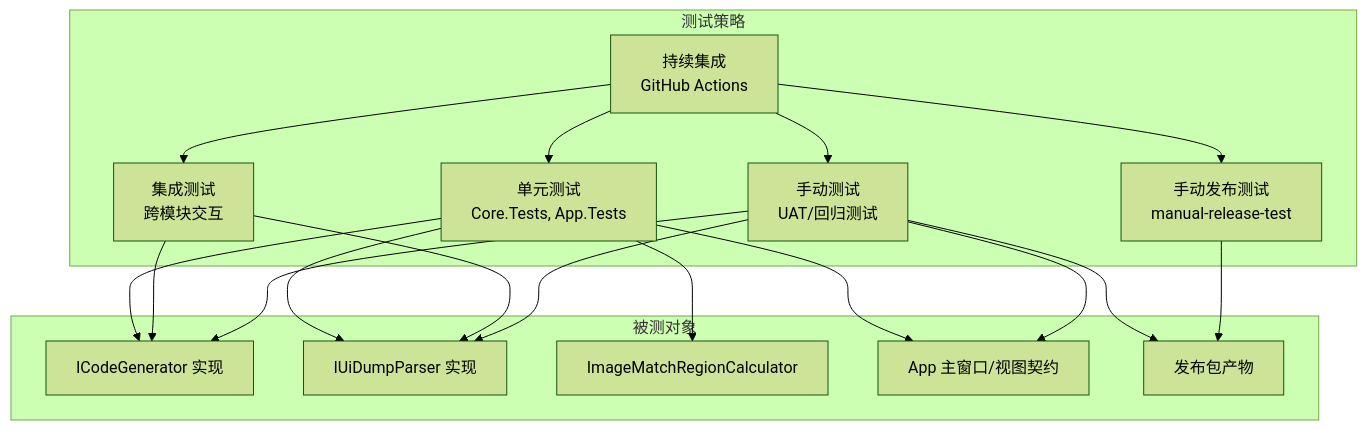
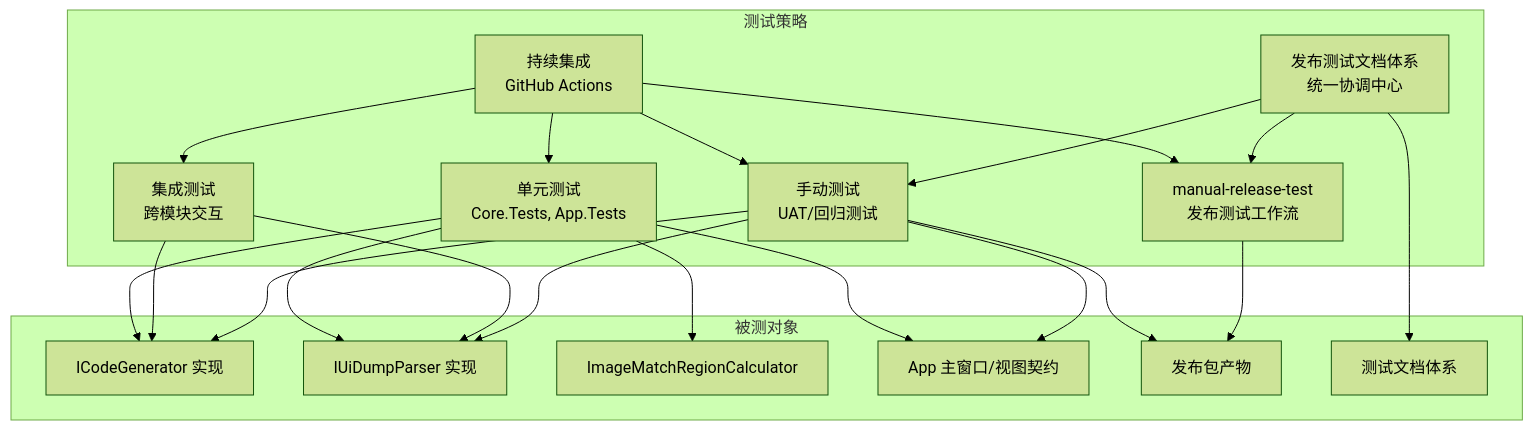
The second of 5 diagrams in .qoder/repowiki/zh/content/开发指南/测试策略与质量保证.md (terwer/autojs6-dev-tools), drawn with Mermaid (forest theme) before and after one commit. The commit also changed other lines of this file and 4 other files, not shown here.

First line of the commit message:
docs(release): enhance release-please config and add release test documentation

````diff
--- a/.qoder/repowiki/zh/content/开发指南/测试策略与质量保证.md
+++ b/.qoder/repowiki/zh/content/开发指南/测试策略与质量保证.md
@@ -149,32 +161,37 @@
 ```mermaid
 graph TB
 subgraph "测试策略"
 UT["单元测试<br/>Core.Tests, App.Tests"]
 IT["集成测试<br/>跨模块交互"]
 MT["手动测试<br/>UAT/回归测试"]
 CI["持续集成<br/>GitHub Actions"]
-MRT["手动发布测试<br/>manual-release-test"]
+PT["发布测试文档体系<br/>统一协调中心"]
+MRT["manual-release-test<br/>发布测试工作流"]
 end
 subgraph "被测对象"
 GEN["ICodeGenerator 实现"]
 PARSER["IUiDumpParser 实现"]
 CALC["ImageMatchRegionCalculator"]
 UI["App 主窗口/视图契约"]
 PKG["发布包产物"]
+DOC["测试文档体系"]
 end
 UT --> GEN
 UT --> PARSER
 UT --> CALC
 UT --> UI
 IT --> GEN
 IT --> PARSER
 MT --> UI
 MT --> GEN
 MT --> PARSER
 MT --> PKG
 CI --> UT
 CI --> IT
 CI --> MT
 CI --> MRT
+PT --> DOC
+PT --> MRT
+PT --> MT
 MRT --> PKG
 ```
````
